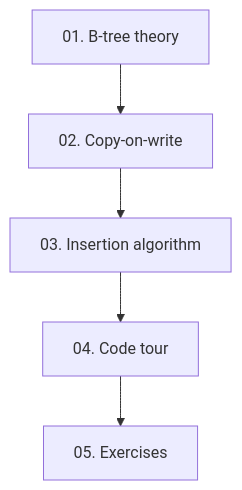
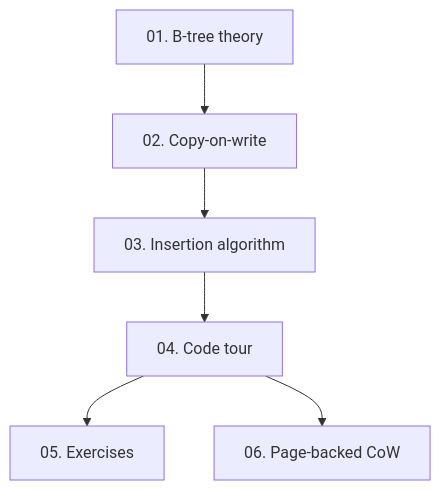
One commit to hadamrd/cow-btree-course changed the diagram in docs/index.md. Above: the diagram before and after it, drawn with Mermaid. The commit also changed other lines of this file and 13 other files, not shown here.

Commit message:
feat: add page-backed copy-on-write btree

````diff
--- a/docs/index.md
+++ b/docs/index.md
@@ -17,7 +17,8 @@
 ```mermaid
 flowchart TD
     A["01. B-tree theory"] --> B["02. Copy-on-write"]
     B --> C["03. Insertion algorithm"]
     C --> D["04. Code tour"]
     D --> E["05. Exercises"]
+    D --> F["06. Page-backed CoW"]
 ```
````
